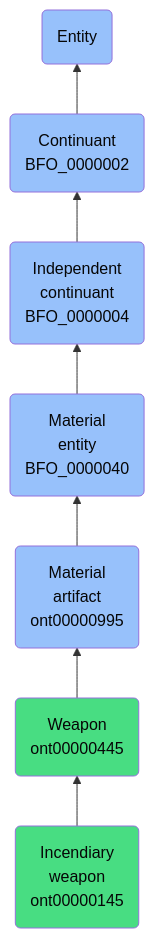
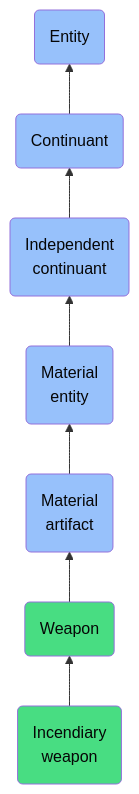
Before and after one commit to jupyter-naas/abi: the diagram in docs/ontology/reference/model/Entity/Continuant/Independent continuant/Material entity/Material artifact/Weapon/Incendiary weapon/Incendiary weapon.md, drawn with Mermaid. The commit also changed other lines of this file and 1430 other files, not shown here.

````diff
--- a/docs/ontology/reference/model/Entity/Continuant/Independent continuant/Material entity/Material artifact/Weapon/Incendiary weapon/Incendiary weapon.md
+++ b/docs/ontology/reference/model/Entity/Continuant/Independent continuant/Material entity/Material artifact/Weapon/Incendiary weapon/Incendiary weapon.md
@@ -24,14 +24,14 @@
 ```mermaid
 graph BT
-    ont00000145(Incendiary<br>weapon<br>ont00000145):::ABI-->ont00000445
-    ont00000445(Weapon<br>ont00000445):::ABI-->ont00000995
-    ont00000995(Material<br>artifact<br>ont00000995):::BFO-->BFO_0000040
-    BFO_0000040(Material<br>entity<br>BFO_0000040):::BFO-->BFO_0000004
-    BFO_0000004(Independent<br>continuant<br>BFO_0000004):::BFO-->BFO_0000002
-    BFO_0000002(Continuant<br>BFO_0000002):::BFO-->BFO_0000001
+    ont00000145(Incendiary<br>weapon):::ABI-->ont00000445
+    ont00000445(Weapon):::ABI-->ont00000995
+    ont00000995(Material<br>artifact):::BFO-->BFO_0000040
+    BFO_0000040(Material<br>entity):::BFO-->BFO_0000004
+    BFO_0000004(Independent<br>continuant):::BFO-->BFO_0000002
+    BFO_0000002(Continuant):::BFO-->BFO_0000001
     BFO_0000001(Entity):::BFO
     
     classDef BFO fill:#97c1fb,color:#060606
     classDef CCO fill:#e4c51e,color:#060606
     classDef ABI fill:#48DD82,color:#060606
 ```
````
